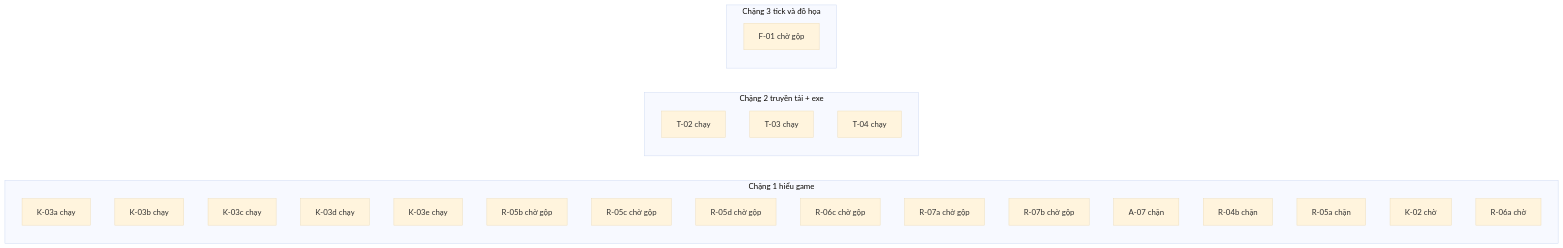
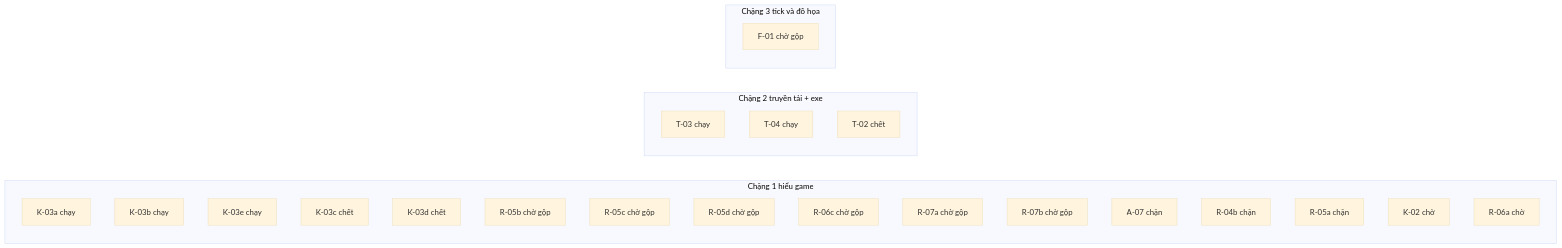
Before and after one commit to ndtangoss-dev/jx1-reports: the diagram in JX1_OPS/STATE/TIEN-DO.md, drawn with Mermaid (base theme). The commit also changed other lines of this file and 3 other files, not shown here.

````diff
--- a/JX1_OPS/STATE/TIEN-DO.md
+++ b/JX1_OPS/STATE/TIEN-DO.md
@@ -9,29 +9,29 @@
 ```mermaid
 flowchart LR
   subgraph S1["Chặng 1 hiểu game"]
     K_03a["K-03a chạy"]
     K_03b["K-03b chạy"]
-    K_03c["K-03c chạy"]
-    K_03d["K-03d chạy"]
     K_03e["K-03e chạy"]
+    K_03c["K-03c chết"]
+    K_03d["K-03d chết"]
     R_05b["R-05b chờ gộp"]
     R_05c["R-05c chờ gộp"]
     R_05d["R-05d chờ gộp"]
     R_06c["R-06c chờ gộp"]
     R_07a["R-07a chờ gộp"]
     R_07b["R-07b chờ gộp"]
     A_07["A-07 chặn"]
     R_04b["R-04b chặn"]
     R_05a["R-05a chặn"]
     K_02["K-02 chờ"]
     R_06a["R-06a chờ"]
   end
   subgraph S2["Chặng 2 truyền tải + exe"]
-    T_02["T-02 chạy"]
     T_03["T-03 chạy"]
     T_04["T-04 chạy"]
+    T_02["T-02 chết"]
   end
   subgraph S3["Chặng 3 tick và đồ họa"]
     F_01["F-01 chờ gộp"]
   end
 ```
````
